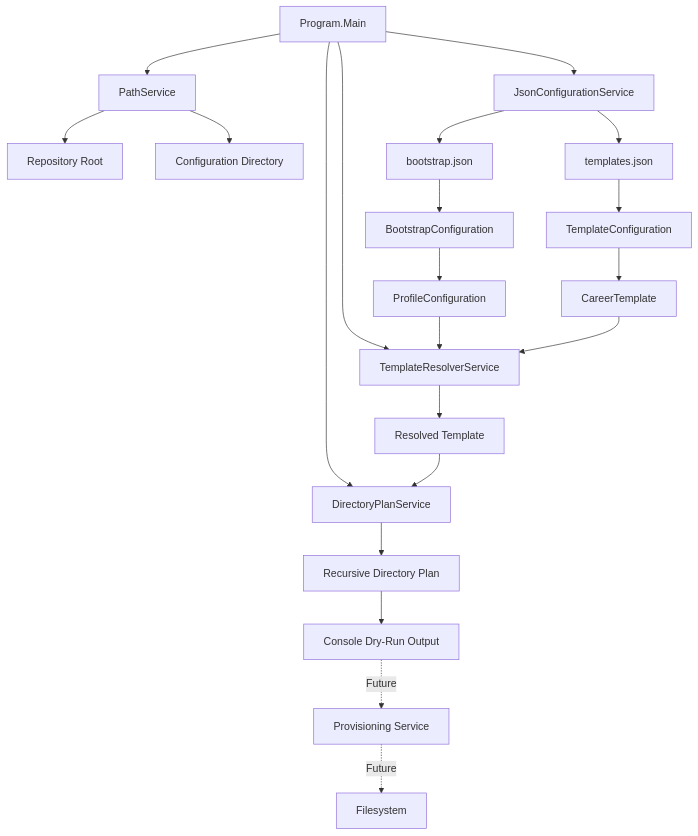
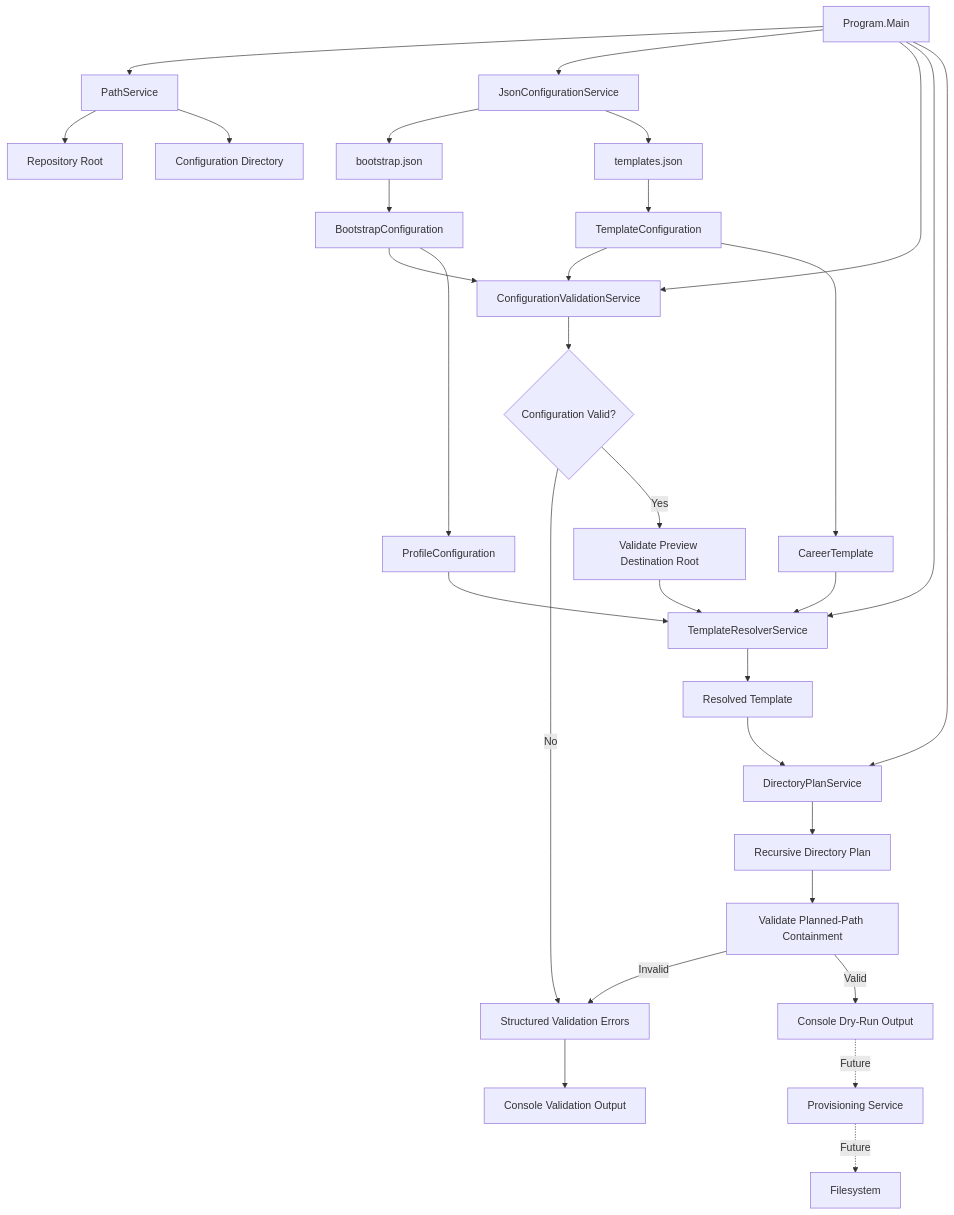
The diagram in Documentation/Architecture/ARCHITECTURE.md (ChrisLThompson/CareerOS.Bootstrap), drawn with Mermaid before and after one commit. The commit also changed other lines of this file and 15 other files, not shown here.

````diff
--- a/Documentation/Architecture/ARCHITECTURE.md
+++ b/Documentation/Architecture/ARCHITECTURE.md
@@ -223,32 +226,45 @@
 ```mermaid
 flowchart TD
     A[Program.Main] --> B[PathService]
     A --> C[JsonConfigurationService]
+    A --> V[ConfigurationValidationService]
     A --> D[TemplateResolverService]
     A --> E[DirectoryPlanService]
 
     B --> F[Repository Root]
     B --> G[Configuration Directory]
 
     C --> H[bootstrap.json]
     C --> I[templates.json]
 
     H --> J[BootstrapConfiguration]
     I --> K[TemplateConfiguration]
 
+    J --> V
+    K --> V
+
+    V --> VC{Configuration Valid?}
+    VC -->|No| VE[Structured Validation Errors]
+    VE --> P[Console Validation Output]
+
+    VC -->|Yes| VR[Validate Preview Destination Root]
+    VR --> D
+
     J --> L[ProfileConfiguration]
     K --> M[CareerTemplate]
 
     L --> D
     M --> D
 
     D --> N[Resolved Template]
 
     N --> E
     E --> O[Recursive Directory Plan]
 
-    O --> P[Console Dry-Run Output]
+    O --> VP[Validate Planned-Path Containment]
+    VP -->|Invalid| VE
+    VP -->|Valid| P2[Console Dry-Run Output]
 
-    P -. Future .-> Q[Provisioning Service]
+    P2 -. Future .-> Q[Provisioning Service]
     Q -. Future .-> R[Filesystem]
 ```
````
